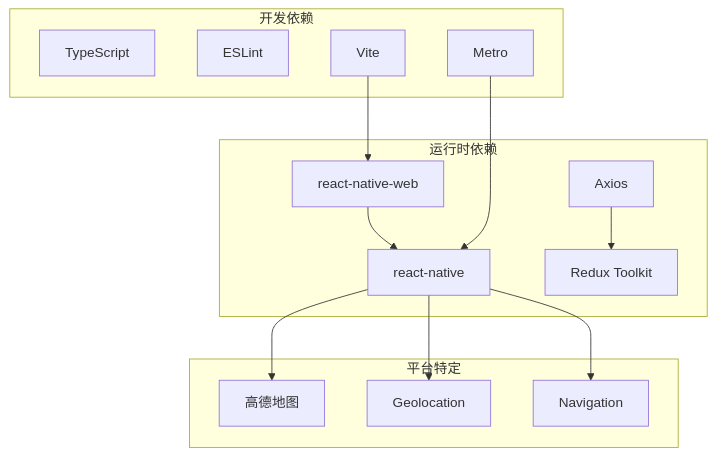
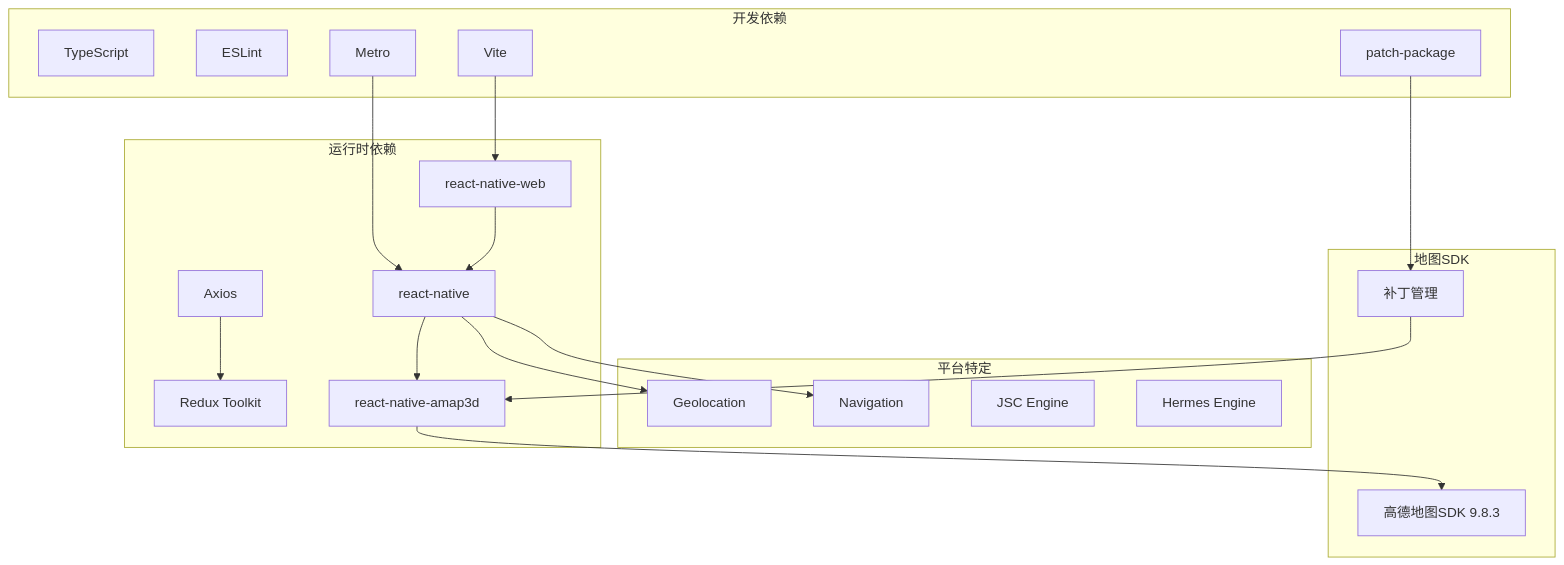
One commit to yinsw-c2e/drone_Rental_platform_v1 changed the ninth of 10 diagrams in .qoder/repowiki/zh/content/移动端应用/移动应用依赖管理.md. Above: the diagram before and after it, drawn with Mermaid. The commit also changed other lines of this file and 23 other files, not shown here.

````diff
--- a/.qoder/repowiki/zh/content/移动端应用/移动应用依赖管理.md
+++ b/.qoder/repowiki/zh/content/移动端应用/移动应用依赖管理.md
@@ -320,27 +420,37 @@
 ```mermaid
 graph TB
 subgraph "运行时依赖"
 RN[react-native]
 AX[Axios]
 RTK[Redux Toolkit]
 RNW[react-native-web]
+AMAP[react-native-amap3d]
 end
 subgraph "开发依赖"
 TS[TypeScript]
 ESL[ESLint]
 MET[Metro]
 VIT[Vite]
+PP[patch-package]
 end
 subgraph "平台特定"
-AMAP[高德地图]
 GEO[Geolocation]
 NAV[Navigation]
+JSC[JSC Engine]
+HERMES[Hermes Engine]
+end
+subgraph "地图SDK"
+AMAPS[高德地图SDK 9.8.3]
+PATCH[补丁管理]
 end
 RN --> AMAP
 RN --> GEO
 RN --> NAV
 AX --> RTK
 RNW --> RN
 VIT --> RNW
 MET --> RN
+AMAP --> AMAPS
+PP --> PATCH
+PATCH --> AMAP
 ```
````
